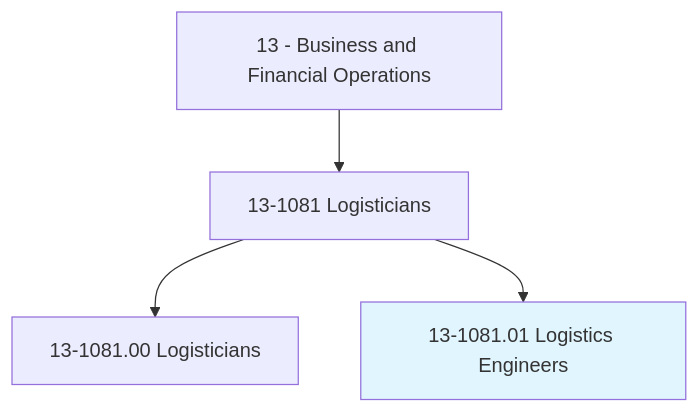
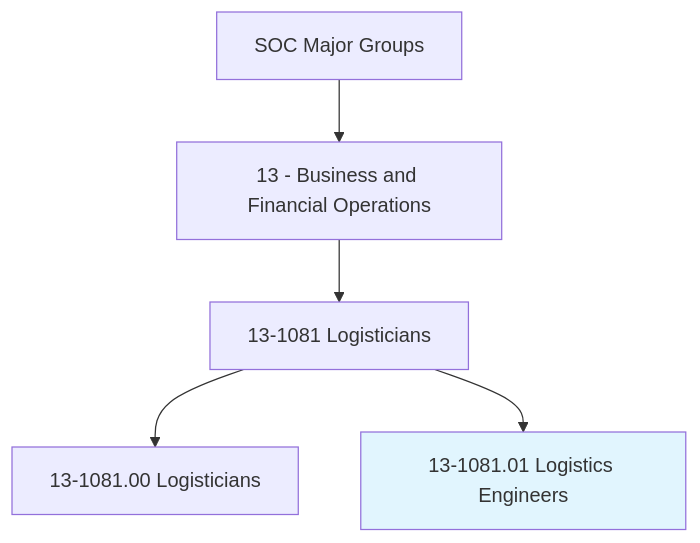
Before and after one commit to kziemski/business.org.ai: the first of 4 diagrams in occupations/Business/LogisticsEngineers.mdx, drawn with Mermaid. The commit also changed other lines of this file and 938 other files, not shown here.

````diff
--- a/occupations/Business/LogisticsEngineers.mdx
+++ b/occupations/Business/LogisticsEngineers.mdx
@@ -19,7 +25,8 @@
 ```mermaid
 graph TD
-    Cat13["13 - Business and Financial Operations"] --> Group131081["13-1081 Logisticians"]
-    Group131081 --> Base["13-1081.00 Logisticians"]
-    Group131081 --> Current["13-1081.01 Logistics Engineers"]
+    SOC["SOC Major Groups"] --> Cat13["13 - Business and Financial Operations"]
+    Cat13 --> G131081["13-1081 Logisticians"]
+    G131081 --> Base["13-1081.00 Logisticians"]
+    G131081 --> Current["13-1081.01 Logistics Engineers"]
     style Current fill:#e1f5fe
 ```
````
